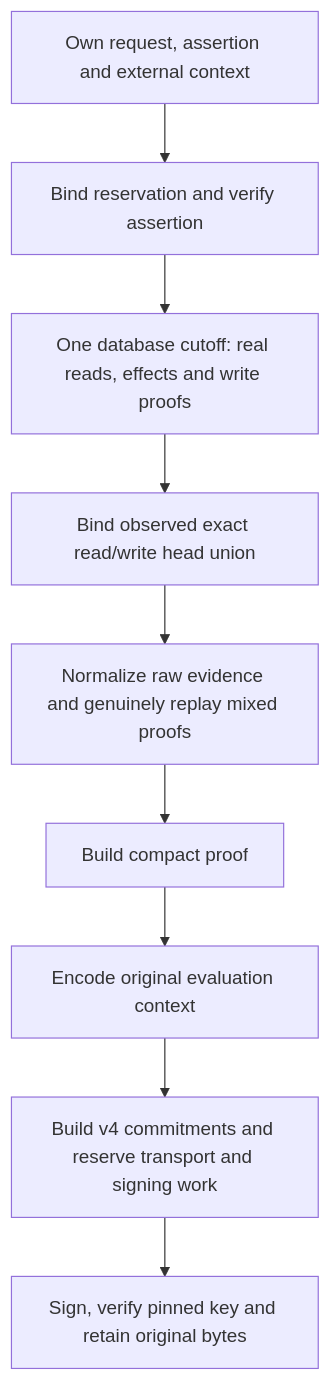
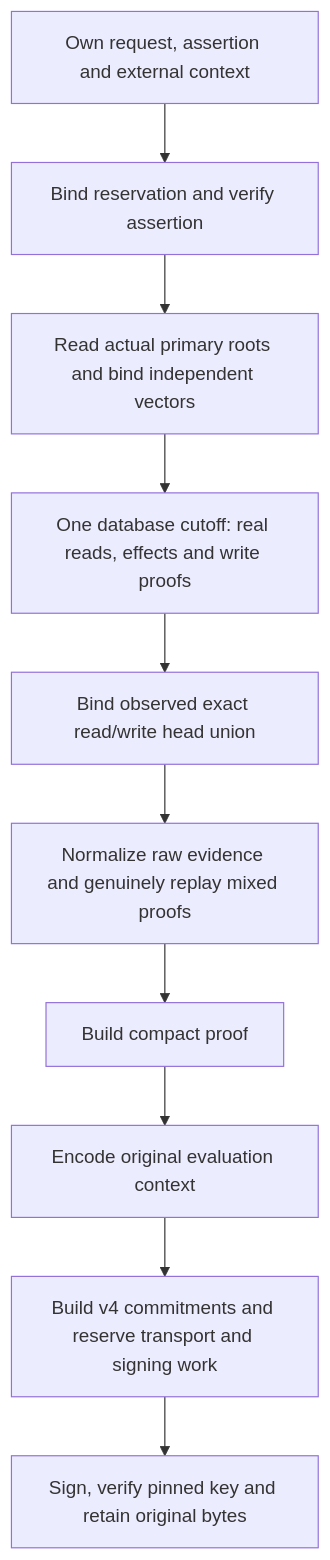
One commit to AndrewMohawk/catchplate changed the diagram in docs/authority-revocation-production.md. Above: the diagram before and after it, drawn with Mermaid. The commit also changed other lines of this file and 11 other files, not shown here.

Commit message:
Bind private revocation acquisition to genuine root reads

````diff
--- a/docs/authority-revocation-production.md
+++ b/docs/authority-revocation-production.md
@@ -29,11 +31,12 @@
 ```mermaid
 flowchart TD
     A[Own request, assertion and external context] --> B[Bind reservation and verify assertion]
-    B --> C[One database cutoff: real reads, effects and write proofs]
+    B --> R[Read actual primary roots and bind independent vectors]
+    R --> C[One database cutoff: real reads, effects and write proofs]
     C --> D[Bind observed exact read/write head union]
     D --> E[Normalize raw evidence and genuinely replay mixed proofs]
     E --> F[Build compact proof]
     F --> I[Encode original evaluation context]
     I --> G[Build v4 commitments and reserve transport and signing work]
     G --> H[Sign, verify pinned key and retain original bytes]
 ```
````
